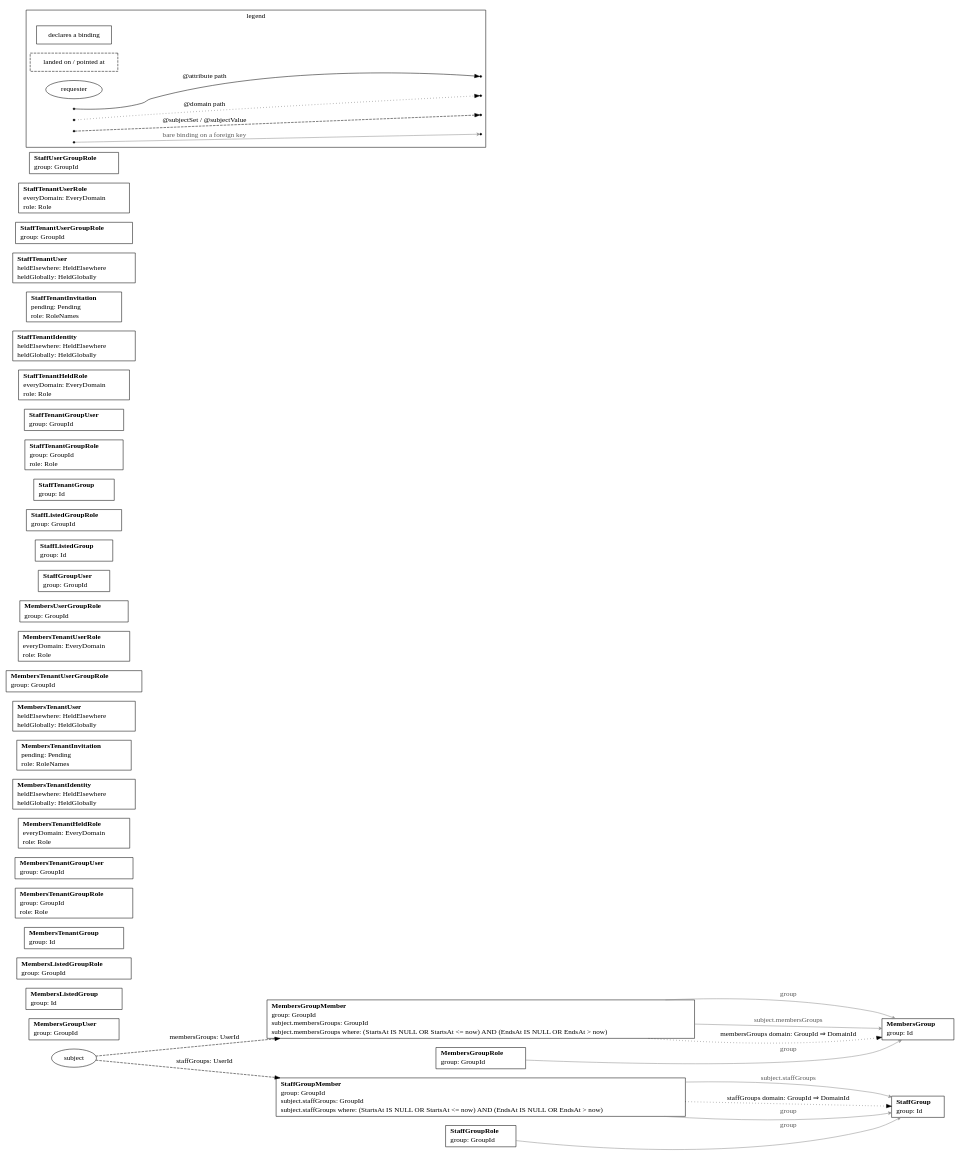
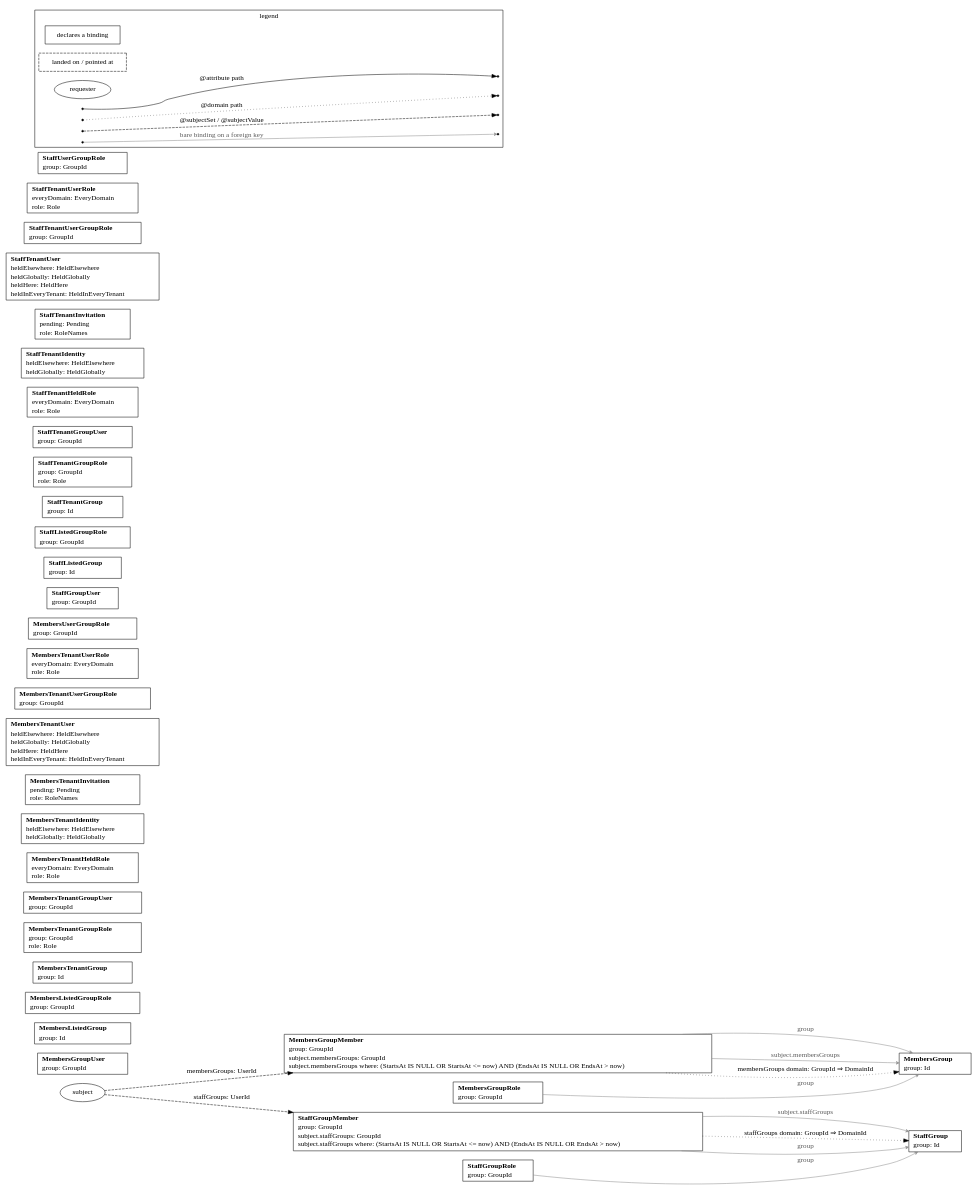
Before and after one commit to impulseframework/impulse: the diagram in cmd/impulse/internal/skeleton/_candidates/outlets/pkg/resources/zz_gen_bindings.dot, drawn with Graphviz. The commit also changed 127 other files, not shown here.

```diff
--- a/cmd/impulse/internal/skeleton/_candidates/outlets/pkg/resources/zz_gen_bindings.dot
+++ b/cmd/impulse/internal/skeleton/_candidates/outlets/pkg/resources/zz_gen_bindings.dot
@@ -1,83 +1,83 @@
 // Code generated by resourcegeneration. DO NOT EDIT.
 // Bindings: every attribute and subject binding this package declares. A box per
 // declaring resource lists its bare bindings as `name: column`; dashed boxes are
 // the tables a path lands on or a foreign key points at; the subject ellipse is
 // the requester, entering each anchor once with every name it yields there. One
 // edge per hop, drawn once however many paths share it: solid for @attribute,
 // dotted for @domain, dashed for a subject binding, labeled `name: column` on a
 // continuing hop and `name: column ⇒ column` where the path terminates; a thin
 // gray edge points a bare binding on a foreign key at its table. Facts only: no
 // grant or condition is drawn.
 // A subject set that writes a who: or a where: part lists each under the set, in
 // the columns' names: who: says which rows are the requester's, where: which of
 // those rows count. A set that builds on another is a dashed edge from the
 // resource declaring that other set, labeled `name: column IN subject.other`.
 // A subject set that writes a domain: part says where its rows' tenant is found,
 // and in a request with a tenant the set holds that tenant's rows alone. The path
 // is drawn dotted, as @domain's is, under the set's name: `name domain: column` on
 // a continuing hop and `name domain: column ⇒ column` where it reads the tenant.
 digraph Bindings {
 	rankdir=LR;
 	node [shape=box];
 	"MembersGroup" [label=<<table border="0" cellborder="0" cellspacing="0" cellpadding="1"><tr><td align="left"><b>MembersGroup</b></td></tr><tr><td align="left">group: Id</td></tr></table>>];
 	"MembersGroupMember" [label=<<table border="0" cellborder="0" cellspacing="0" cellpadding="1"><tr><td align="left"><b>MembersGroupMember</b></td></tr><tr><td align="left">group: GroupId</td></tr><tr><td align="left">subject.membersGroups: GroupId</td></tr><tr><td align="left">subject.membersGroups where: (StartsAt IS NULL OR StartsAt &lt;= now) AND (EndsAt IS NULL OR EndsAt &gt; now)</td></tr></table>>];
 	"MembersGroupRole" [label=<<table border="0" cellborder="0" cellspacing="0" cellpadding="1"><tr><td align="left"><b>MembersGroupRole</b></td></tr><tr><td align="left">group: GroupId</td></tr></table>>];
 	"MembersGroupUser" [label=<<table border="0" cellborder="0" cellspacing="0" cellpadding="1"><tr><td align="left"><b>MembersGroupUser</b></td></tr><tr><td align="left">group: GroupId</td></tr></table>>];
 	"MembersListedGroup" [label=<<table border="0" cellborder="0" cellspacing="0" cellpadding="1"><tr><td align="left"><b>MembersListedGroup</b></td></tr><tr><td align="left">group: Id</td></tr></table>>];
 	"MembersListedGroupRole" [label=<<table border="0" cellborder="0" cellspacing="0" cellpadding="1"><tr><td align="left"><b>MembersListedGroupRole</b></td></tr><tr><td align="left">group: GroupId</td></tr></table>>];
 	"MembersTenantGroup" [label=<<table border="0" cellborder="0" cellspacing="0" cellpadding="1"><tr><td align="left"><b>MembersTenantGroup</b></td></tr><tr><td align="left">group: Id</td></tr></table>>];
 	"MembersTenantGroupRole" [label=<<table border="0" cellborder="0" cellspacing="0" cellpadding="1"><tr><td align="left"><b>MembersTenantGroupRole</b></td></tr><tr><td align="left">group: GroupId</td></tr><tr><td align="left">role: Role</td></tr></table>>];
 	"MembersTenantGroupUser" [label=<<table border="0" cellborder="0" cellspacing="0" cellpadding="1"><tr><td align="left"><b>MembersTenantGroupUser</b></td></tr><tr><td align="left">group: GroupId</td></tr></table>>];
 	"MembersTenantHeldRole" [label=<<table border="0" cellborder="0" cellspacing="0" cellpadding="1"><tr><td align="left"><b>MembersTenantHeldRole</b></td></tr><tr><td align="left">everyDomain: EveryDomain</td></tr><tr><td align="left">role: Role</td></tr></table>>];
 	"MembersTenantIdentity" [label=<<table border="0" cellborder="0" cellspacing="0" cellpadding="1"><tr><td align="left"><b>MembersTenantIdentity</b></td></tr><tr><td align="left">heldElsewhere: HeldElsewhere</td></tr><tr><td align="left">heldGlobally: HeldGlobally</td></tr></table>>];
 	"MembersTenantInvitation" [label=<<table border="0" cellborder="0" cellspacing="0" cellpadding="1"><tr><td align="left"><b>MembersTenantInvitation</b></td></tr><tr><td align="left">pending: Pending</td></tr><tr><td align="left">role: RoleNames</td></tr></table>>];
-	"MembersTenantUser" [label=<<table border="0" cellborder="0" cellspacing="0" cellpadding="1"><tr><td align="left"><b>MembersTenantUser</b></td></tr><tr><td align="left">heldElsewhere: HeldElsewhere</td></tr><tr><td align="left">heldGlobally: HeldGlobally</td></tr></table>>];
+	"MembersTenantUser" [label=<<table border="0" cellborder="0" cellspacing="0" cellpadding="1"><tr><td align="left"><b>MembersTenantUser</b></td></tr><tr><td align="left">heldElsewhere: HeldElsewhere</td></tr><tr><td align="left">heldGlobally: HeldGlobally</td></tr><tr><td align="left">heldHere: HeldHere</td></tr><tr><td align="left">heldInEveryTenant: HeldInEveryTenant</td></tr></table>>];
 	"MembersTenantUserGroupRole" [label=<<table border="0" cellborder="0" cellspacing="0" cellpadding="1"><tr><td align="left"><b>MembersTenantUserGroupRole</b></td></tr><tr><td align="left">group: GroupId</td></tr></table>>];
 	"MembersTenantUserRole" [label=<<table border="0" cellborder="0" cellspacing="0" cellpadding="1"><tr><td align="left"><b>MembersTenantUserRole</b></td></tr><tr><td align="left">everyDomain: EveryDomain</td></tr><tr><td align="left">role: Role</td></tr></table>>];
 	"MembersUserGroupRole" [label=<<table border="0" cellborder="0" cellspacing="0" cellpadding="1"><tr><td align="left"><b>MembersUserGroupRole</b></td></tr><tr><td align="left">group: GroupId</td></tr></table>>];
 	"StaffGroup" [label=<<table border="0" cellborder="0" cellspacing="0" cellpadding="1"><tr><td align="left"><b>StaffGroup</b></td></tr><tr><td align="left">group: Id</td></tr></table>>];
 	"StaffGroupMember" [label=<<table border="0" cellborder="0" cellspacing="0" cellpadding="1"><tr><td align="left"><b>StaffGroupMember</b></td></tr><tr><td align="left">group: GroupId</td></tr><tr><td align="left">subject.staffGroups: GroupId</td></tr><tr><td align="left">subject.staffGroups where: (StartsAt IS NULL OR StartsAt &lt;= now) AND (EndsAt IS NULL OR EndsAt &gt; now)</td></tr></table>>];
 	"StaffGroupRole" [label=<<table border="0" cellborder="0" cellspacing="0" cellpadding="1"><tr><td align="left"><b>StaffGroupRole</b></td></tr><tr><td align="left">group: GroupId</td></tr></table>>];
 	"StaffGroupUser" [label=<<table border="0" cellborder="0" cellspacing="0" cellpadding="1"><tr><td align="left"><b>StaffGroupUser</b></td></tr><tr><td align="left">group: GroupId</td></tr></table>>];
 	"StaffListedGroup" [label=<<table border="0" cellborder="0" cellspacing="0" cellpadding="1"><tr><td align="left"><b>StaffListedGroup</b></td></tr><tr><td align="left">group: Id</td></tr></table>>];
 	"StaffListedGroupRole" [label=<<table border="0" cellborder="0" cellspacing="0" cellpadding="1"><tr><td align="left"><b>StaffListedGroupRole</b></td></tr><tr><td align="left">group: GroupId</td></tr></table>>];
 	"StaffTenantGroup" [label=<<table border="0" cellborder="0" cellspacing="0" cellpadding="1"><tr><td align="left"><b>StaffTenantGroup</b></td></tr><tr><td align="left">group: Id</td></tr></table>>];
 	"StaffTenantGroupRole" [label=<<table border="0" cellborder="0" cellspacing="0" cellpadding="1"><tr><td align="left"><b>StaffTenantGroupRole</b></td></tr><tr><td align="left">group: GroupId</td></tr><tr><td align="left">role: Role</td></tr></table>>];
 	"StaffTenantGroupUser" [label=<<table border="0" cellborder="0" cellspacing="0" cellpadding="1"><tr><td align="left"><b>StaffTenantGroupUser</b></td></tr><tr><td align="left">group: GroupId</td></tr></table>>];
 	"StaffTenantHeldRole" [label=<<table border="0" cellborder="0" cellspacing="0" cellpadding="1"><tr><td align="left"><b>StaffTenantHeldRole</b></td></tr><tr><td align="left">everyDomain: EveryDomain</td></tr><tr><td align="left">role: Role</td></tr></table>>];
 	"StaffTenantIdentity" [label=<<table border="0" cellborder="0" cellspacing="0" cellpadding="1"><tr><td align="left"><b>StaffTenantIdentity</b></td></tr><tr><td align="left">heldElsewhere: HeldElsewhere</td></tr><tr><td align="left">heldGlobally: HeldGlobally</td></tr></table>>];
 	"StaffTenantInvitation" [label=<<table border="0" cellborder="0" cellspacing="0" cellpadding="1"><tr><td align="left"><b>StaffTenantInvitation</b></td></tr><tr><td align="left">pending: Pending</td></tr><tr><td align="left">role: RoleNames</td></tr></table>>];
-	"StaffTenantUser" [label=<<table border="0" cellborder="0" cellspacing="0" cellpadding="1"><tr><td align="left"><b>StaffTenantUser</b></td></tr><tr><td align="left">heldElsewhere: HeldElsewhere</td></tr><tr><td align="left">heldGlobally: HeldGlobally</td></tr></table>>];
+	"StaffTenantUser" [label=<<table border="0" cellborder="0" cellspacing="0" cellpadding="1"><tr><td align="left"><b>StaffTenantUser</b></td></tr><tr><td align="left">heldElsewhere: HeldElsewhere</td></tr><tr><td align="left">heldGlobally: HeldGlobally</td></tr><tr><td align="left">heldHere: HeldHere</td></tr><tr><td align="left">heldInEveryTenant: HeldInEveryTenant</td></tr></table>>];
 	"StaffTenantUserGroupRole" [label=<<table border="0" cellborder="0" cellspacing="0" cellpadding="1"><tr><td align="left"><b>StaffTenantUserGroupRole</b></td></tr><tr><td align="left">group: GroupId</td></tr></table>>];
 	"StaffTenantUserRole" [label=<<table border="0" cellborder="0" cellspacing="0" cellpadding="1"><tr><td align="left"><b>StaffTenantUserRole</b></td></tr><tr><td align="left">everyDomain: EveryDomain</td></tr><tr><td align="left">role: Role</td></tr></table>>];
 	"StaffUserGroupRole" [label=<<table border="0" cellborder="0" cellspacing="0" cellpadding="1"><tr><td align="left"><b>StaffUserGroupRole</b></td></tr><tr><td align="left">group: GroupId</td></tr></table>>];
 	"subject" [shape=ellipse];
 	"MembersGroupMember" -> "MembersGroup" [style=dotted, label="membersGroups domain: GroupId ⇒ DomainId"];
 	"StaffGroupMember" -> "StaffGroup" [style=dotted, label="staffGroups domain: GroupId ⇒ DomainId"];
 	"subject" -> "MembersGroupMember" [style=dashed, label="membersGroups: UserId"];
 	"subject" -> "StaffGroupMember" [style=dashed, label="staffGroups: UserId"];
 	"MembersGroupMember" -> "MembersGroup" [color=gray55, fontcolor=gray35, arrowhead=vee, arrowsize=0.6, label="group"];
 	"MembersGroupMember" -> "MembersGroup" [color=gray55, fontcolor=gray35, arrowhead=vee, arrowsize=0.6, label="subject.membersGroups"];
 	"MembersGroupRole" -> "MembersGroup" [color=gray55, fontcolor=gray35, arrowhead=vee, arrowsize=0.6, label="group"];
 	"StaffGroupMember" -> "StaffGroup" [color=gray55, fontcolor=gray35, arrowhead=vee, arrowsize=0.6, label="group"];
 	"StaffGroupMember" -> "StaffGroup" [color=gray55, fontcolor=gray35, arrowhead=vee, arrowsize=0.6, label="subject.staffGroups"];
 	"StaffGroupRole" -> "StaffGroup" [color=gray55, fontcolor=gray35, arrowhead=vee, arrowsize=0.6, label="group"];
 	subgraph cluster_legend {
 		label="legend";
 		"declares a binding" [shape=box];
 		"landed on / pointed at" [shape=box, style=dashed];
 		"requester" [shape=ellipse];
 		"legend:attribute" [shape=point];
 		"legend:attribute:to" [shape=point];
 		"legend:domain" [shape=point];
 		"legend:domain:to" [shape=point];
 		"legend:subject" [shape=point];
 		"legend:subject:to" [shape=point];
 		"legend:reference" [shape=point];
 		"legend:reference:to" [shape=point];
 		"legend:attribute" -> "legend:attribute:to" [label="@attribute path"];
 		"legend:domain" -> "legend:domain:to" [style=dotted, label="@domain path"];
 		"legend:subject" -> "legend:subject:to" [style=dashed, label="@subjectSet / @subjectValue"];
 		"legend:reference" -> "legend:reference:to" [color=gray55, fontcolor=gray35, arrowhead=vee, arrowsize=0.6, label="bare binding on a foreign key"];
 	}
 }
```
